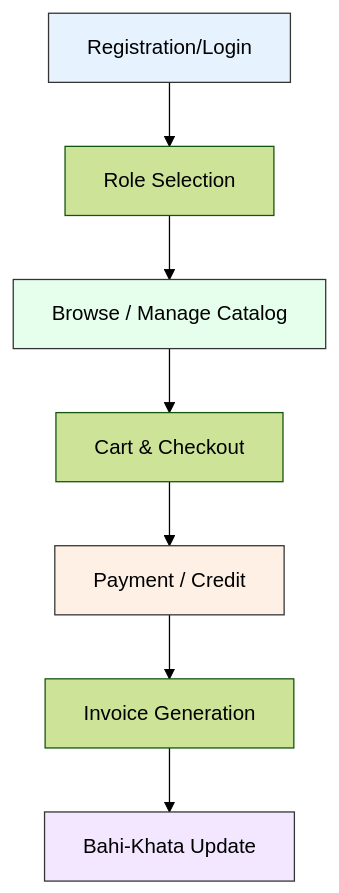
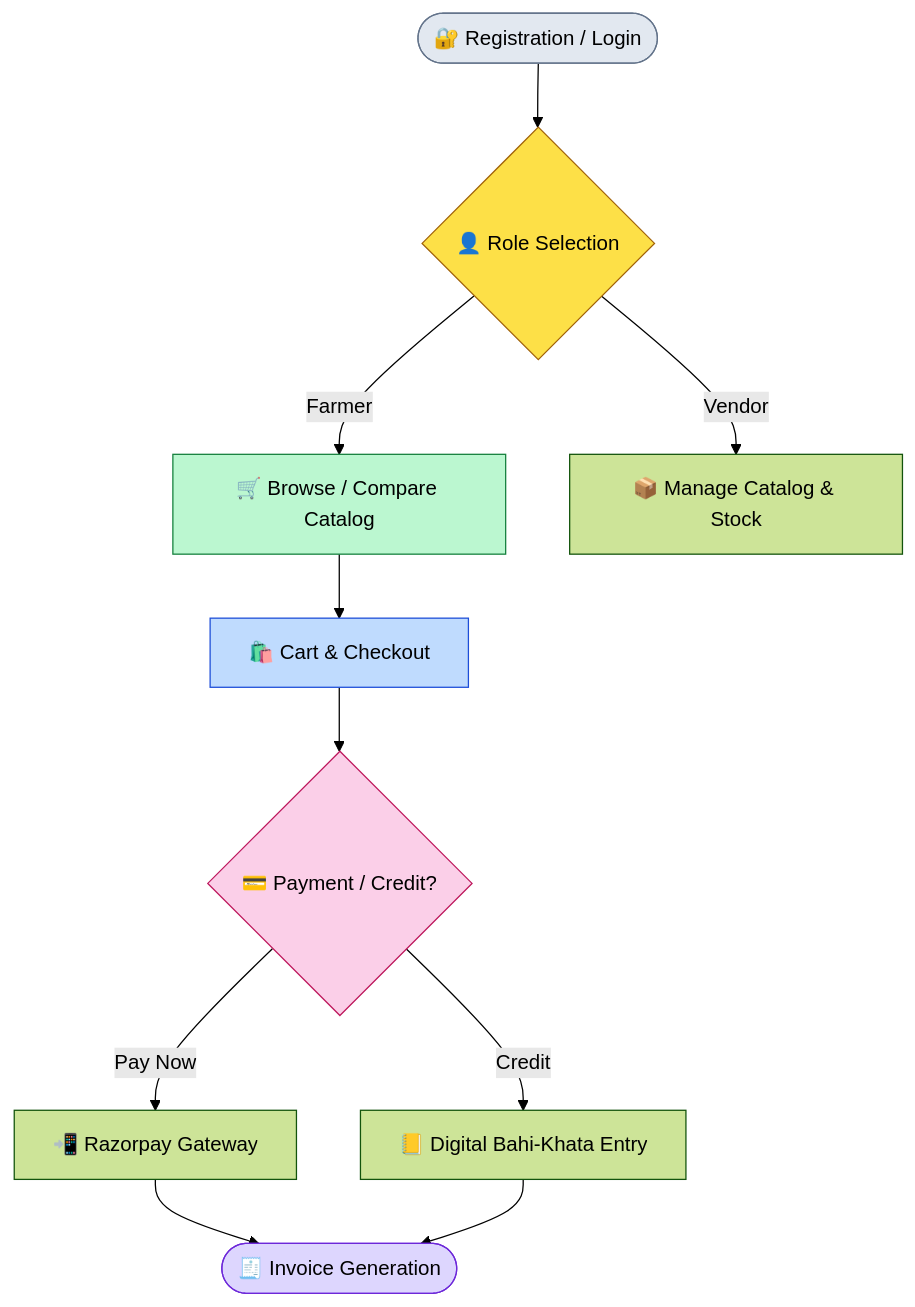
The second of 5 diagrams in Jaymani_Krishi_Sewa_Proposal_Report.md (hmpmanish/jaymani-krishi-sewa), drawn with Mermaid (forest theme) before and after one commit. The commit also changed other lines of this file, not shown here.

````diff
--- a/Jaymani_Krishi_Sewa_Proposal_Report.md
+++ b/Jaymani_Krishi_Sewa_Proposal_Report.md
@@ -254,14 +154,19 @@
 ```mermaid
 graph TD
-    A[Registration/Login] --> B[Role Selection]
-    B --> C[Browse / Manage Catalog]
-    C --> D[Cart & Checkout]
-    D --> E[Payment / Credit]
-    E --> F[Invoice Generation]
-    F --> G[Bahi-Khata Update]
+    A([🔐 Registration / Login]) --> B{👤 Role Selection}
+    B -->|Farmer| C[🛒 Browse / Compare Catalog]
+    B -->|Vendor| C2[📦 Manage Catalog & Stock]
+    C --> D[🛍️ Cart & Checkout]
+    D --> E{💳 Payment / Credit?}
+    E -->|Pay Now| F1[📲 Razorpay Gateway]
+    E -->|Credit| F2[📒 Digital Bahi-Khata Entry]
+    F1 --> G([🧾 Invoice Generation])
+    F2 --> G
     
-    style A fill:#e6f3ff,stroke:#333
-    style C fill:#e6ffed,stroke:#333
-    style E fill:#fff0e6,stroke:#333
-    style G fill:#f3e6ff,stroke:#333
+    style A fill:#e2e8f0,stroke:#64748b
+    style B fill:#fde047,stroke:#a16207
+    style C fill:#bbf7d0,stroke:#15803d
+    style D fill:#bfdbfe,stroke:#1d4ed8
+    style E fill:#fbcfe8,stroke:#be185d
+    style G fill:#ddd6fe,stroke:#6d28d9
 ```
````
